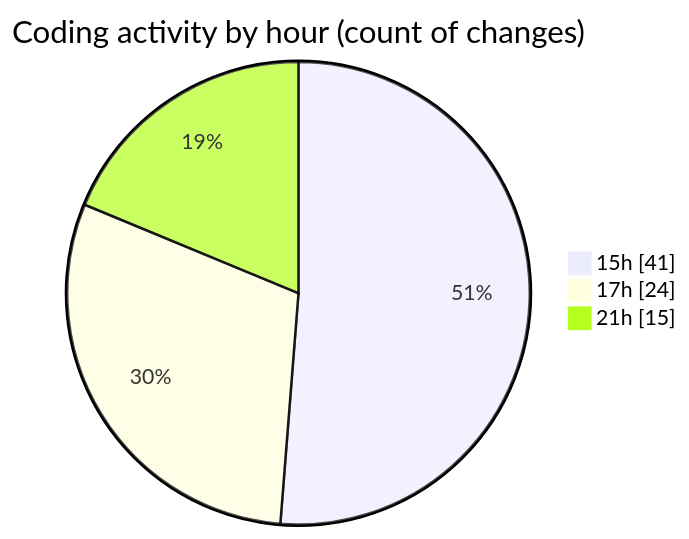
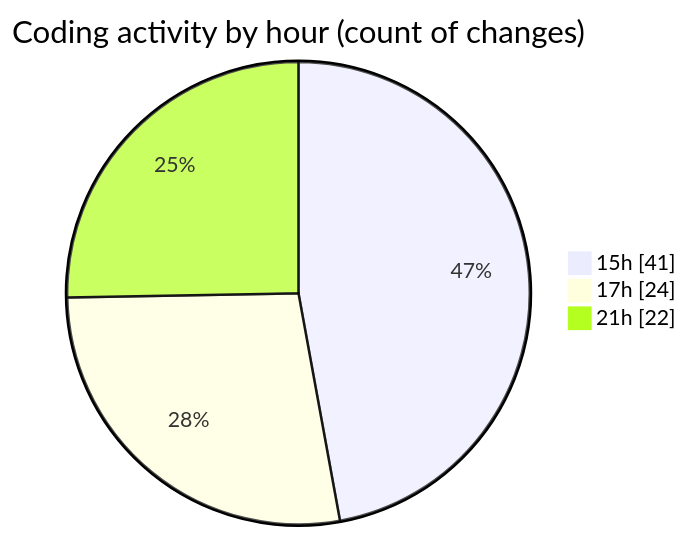
Before and after one commit to Netris89/code-tracking: the second of 2 diagrams in 2025-10-26/skintrack/README.md, drawn with Mermaid. The commit also changed other lines of this file and 1 other file, not shown here.

````diff
--- a/2025-10-26/skintrack/README.md
+++ b/2025-10-26/skintrack/README.md
@@ -38,7 +39,7 @@
 ```mermaid
 pie showData
 title Coding activity by hour (count of changes)
 "15h" : 41
 "17h" : 24
-"21h" : 15
+"21h" : 22
 ```
````
